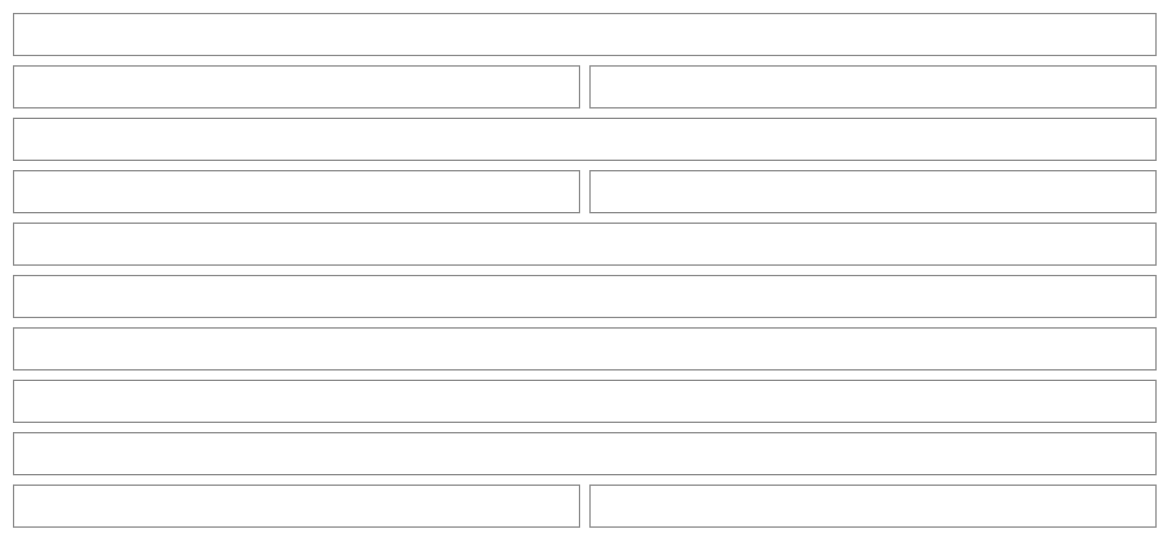
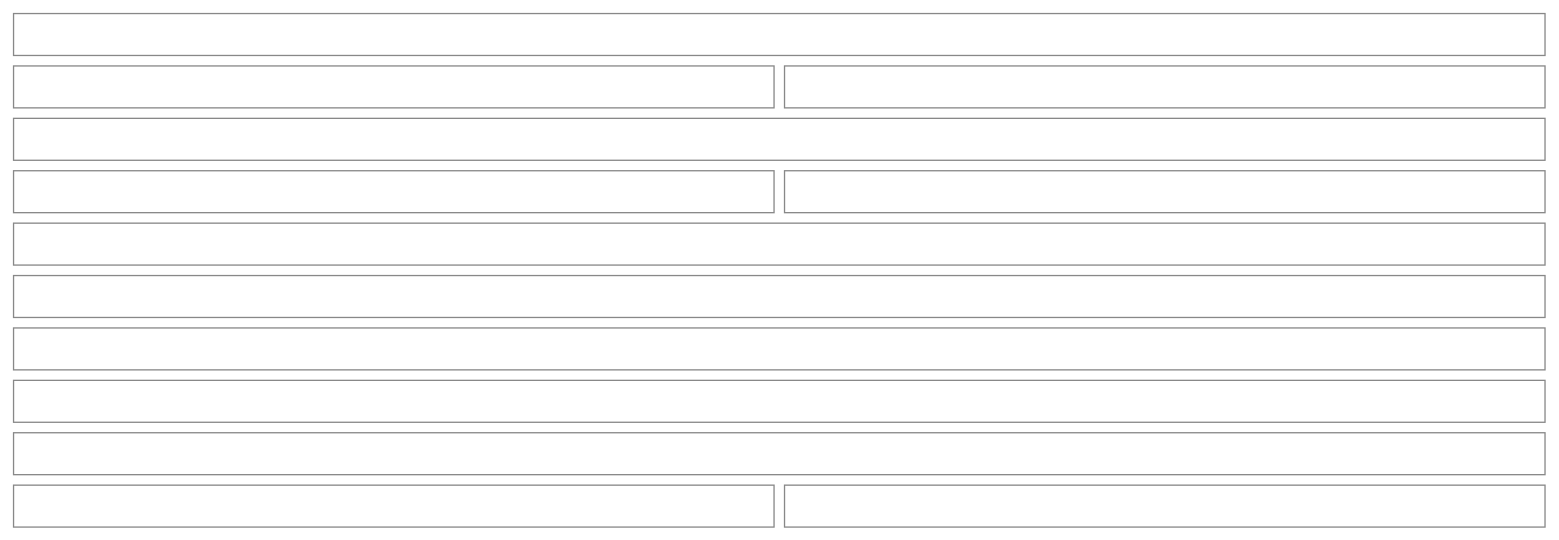
Before and after one commit to NovaMoonX/moondreams-dev-apps: diagram 32 of 57 in src/apps/pinch/UX.md, drawn with Mermaid. The commit also changed other lines of this file and 9 other files, not shown here.

````diff
--- a/src/apps/pinch/UX.md
+++ b/src/apps/pinch/UX.md
@@ -1098,31 +1103,31 @@
 ```mermaid
 %%{init: {'theme': 'base', 'themeVariables': {'primaryColor': 'transparent', 'primaryBorderColor': '#888888', 'primaryTextColor': '#333333', 'lineColor': '#888888'}}}%%
 block-beta
   columns 2
   K1["‹ Adobo chicken & 1 more                🎙 (only where the browser can listen)"]:2
   K1b["Adobo chicken  (dish card, on screen)"]:1
   K1c["Cilantro lime rice · Step 1 of 2"]:1
   K1n["📝 Oct 13: …Next time double the garlic  ⌄"]:2
   K4["Step 2 of 3  ▬▬▬▬───"]:1
   K3["☰ Ingredients"]:1
   K5["Simmer everything with the bay leaves and pepper, covered, for 25 minutes."]:2
   K6["⏲️ Timer · 25:00   ▶ Start"]:2
   K5b["For this step · Bay leaves 2 · Black pepper 1 tsp  (quieter tinted block)"]:2
-  K7v["Say “next” or “how much garlic”  (or Heard “next”, or Garlic: 6)     What to say  (only while voice is on, above the pills)"]:2
+  K7v["● Listening ⌄  Say “next” or “how much garlic”  (or Heard “next”, or Garlic: 6; the chip says Waiting, or the time left; only while voice is on, above the pills)"]:2
   K7["12:41 Marinate the chicken · 4:59 Add the vinegar  (timers in the background; a tap shows one)"]:2
   K8["Back"]:1
   K9["Next"]:1
   style K1 fill:transparent,stroke:#888888,stroke-width:1px;
   style K1b fill:transparent,stroke:#888888,stroke-width:1px;
   style K1c fill:transparent,stroke:#888888,stroke-width:1px;
   style K1n fill:transparent,stroke:#888888,stroke-width:1px;
   style K3 fill:transparent,stroke:#888888,stroke-width:1px;
   style K4 fill:transparent,stroke:#888888,stroke-width:1px;
   style K5 fill:transparent,stroke:#888888,stroke-width:1px;
   style K5b fill:transparent,stroke:#888888,stroke-width:1px;
   style K6 fill:transparent,stroke:#888888,stroke-width:1px;
   style K7 fill:transparent,stroke:#888888,stroke-width:1px;
   style K7v fill:transparent,stroke:#888888,stroke-width:1px;
   style K8 fill:transparent,stroke:#888888,stroke-width:1px;
   style K9 fill:transparent,stroke:#888888,stroke-width:1px;
 ```
````
